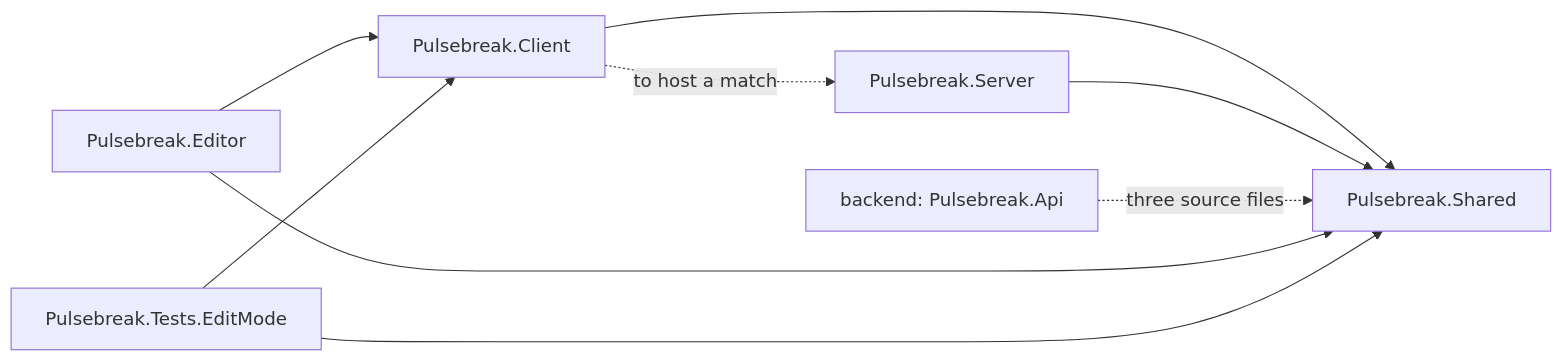
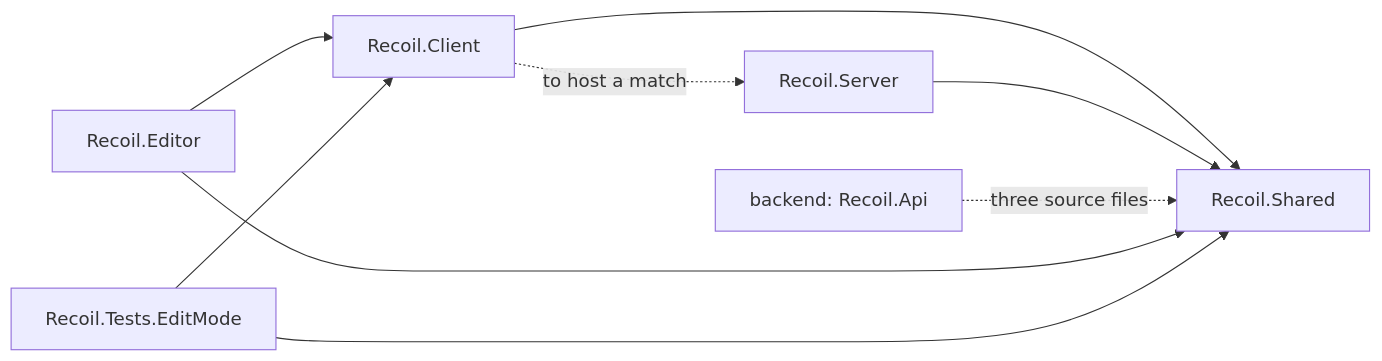
The first of 8 diagrams in docs/ARCHITECTURE.md (aidenobrad-ctrl/Fps-game), drawn with Mermaid before and after one commit. The commit also changed other lines of this file and 631 other files, not shown here.

````diff
--- a/docs/ARCHITECTURE.md
+++ b/docs/ARCHITECTURE.md
@@ -124,11 +124,11 @@
 ```mermaid
 flowchart LR
-    Client[Pulsebreak.Client] --> Shared[Pulsebreak.Shared]
-    Server[Pulsebreak.Server] --> Shared
+    Client[Recoil.Client] --> Shared[Recoil.Shared]
+    Server[Recoil.Server] --> Shared
     Client -. "to host a match" .-> Server
-    Api[backend: Pulsebreak.Api] -. "three source files" .-> Shared
-    Editor[Pulsebreak.Editor] --> Client
+    Api[backend: Recoil.Api] -. "three source files" .-> Shared
+    Editor[Recoil.Editor] --> Client
     Editor --> Shared
-    Tests[Pulsebreak.Tests.EditMode] --> Shared
+    Tests[Recoil.Tests.EditMode] --> Shared
     Tests --> Client
 ```
````
